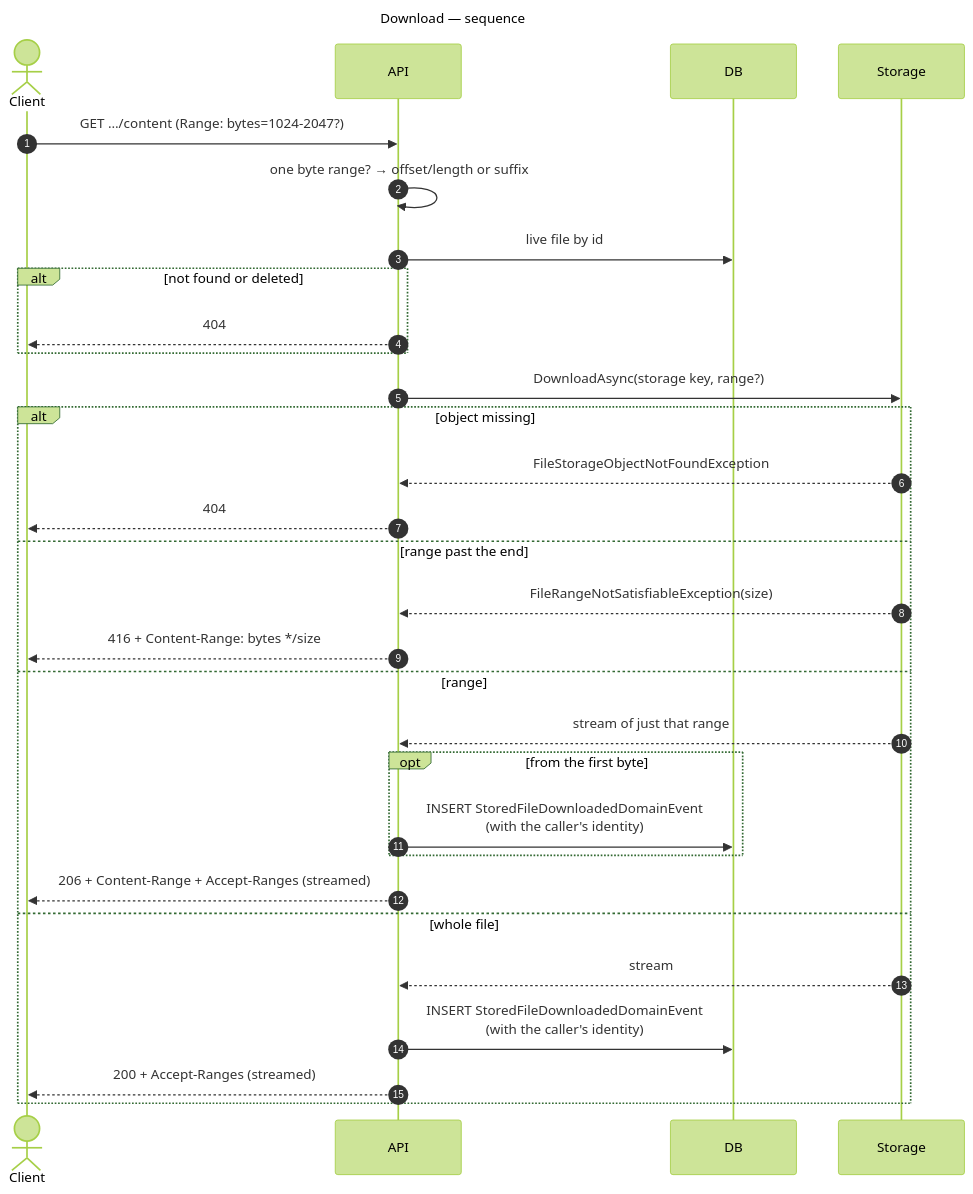
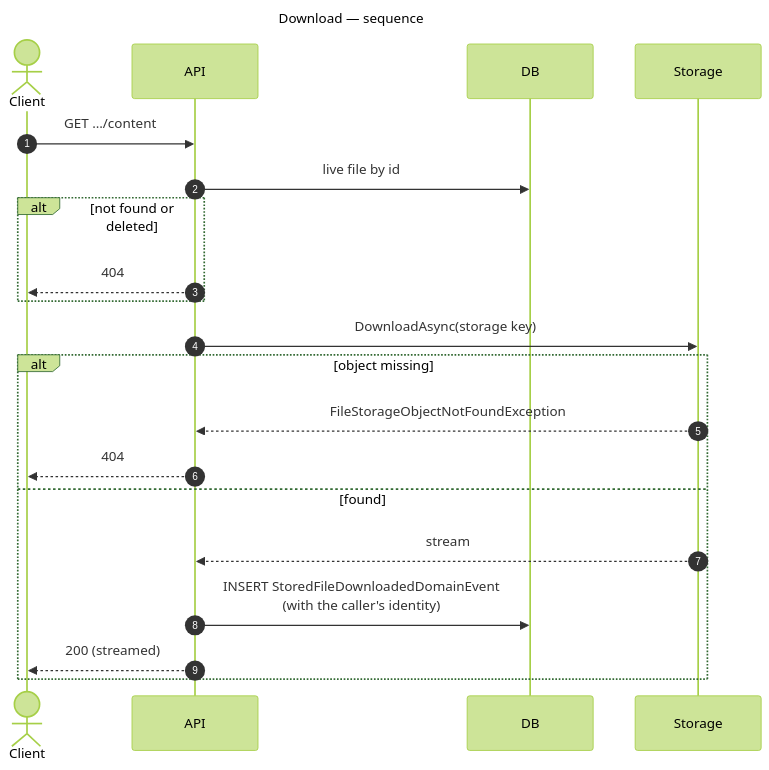
One commit to gmetskhvarishvili/GM.FileStorage.Samples changed the seventh of 16 diagrams in docs/sequence-diagrams.md. Above: the diagram before and after it, drawn with Mermaid (forest theme). The commit also changed other lines of this file and 20 other files, not shown here.

````diff
--- a/docs/sequence-diagrams.md
+++ b/docs/sequence-diagrams.md
@@ -244,36 +244,26 @@
 ```mermaid
 ---
 title: Download — sequence
 ---
 sequenceDiagram
     autonumber
     actor C as Client
     participant API
     participant DB
     participant S as Storage
 
-    C->>API: GET …/content (Range: bytes=1024-2047?)
-    API->>API: one byte range? → offset/length or suffix
+    C->>API: GET …/content
     API->>DB: live file by id
     alt not found or deleted
         API-->>C: 404
     end
-    API->>S: DownloadAsync(storage key, range?)
+    API->>S: DownloadAsync(storage key)
     alt object missing
         S-->>API: FileStorageObjectNotFoundException
         API-->>C: 404
-    else range past the end
-        S-->>API: FileRangeNotSatisfiableException(size)
-        API-->>C: 416 + Content-Range: bytes */size
-    else range
-        S-->>API: stream of just that range
-        opt from the first byte
-            API->>DB: INSERT StoredFileDownloadedDomainEvent<br/>(with the caller's identity)
-        end
-        API-->>C: 206 + Content-Range + Accept-Ranges (streamed)
-    else whole file
+    else found
         S-->>API: stream
         API->>DB: INSERT StoredFileDownloadedDomainEvent<br/>(with the caller's identity)
-        API-->>C: 200 + Accept-Ranges (streamed)
+        API-->>C: 200 (streamed)
     end
 ```
````
